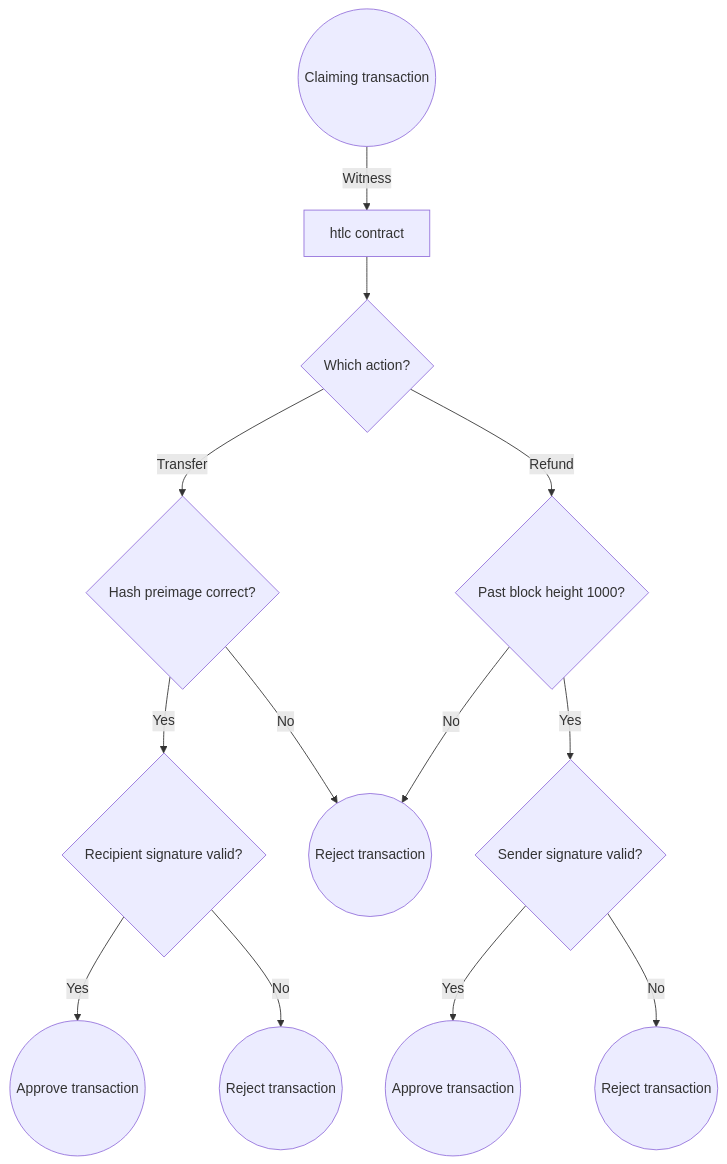
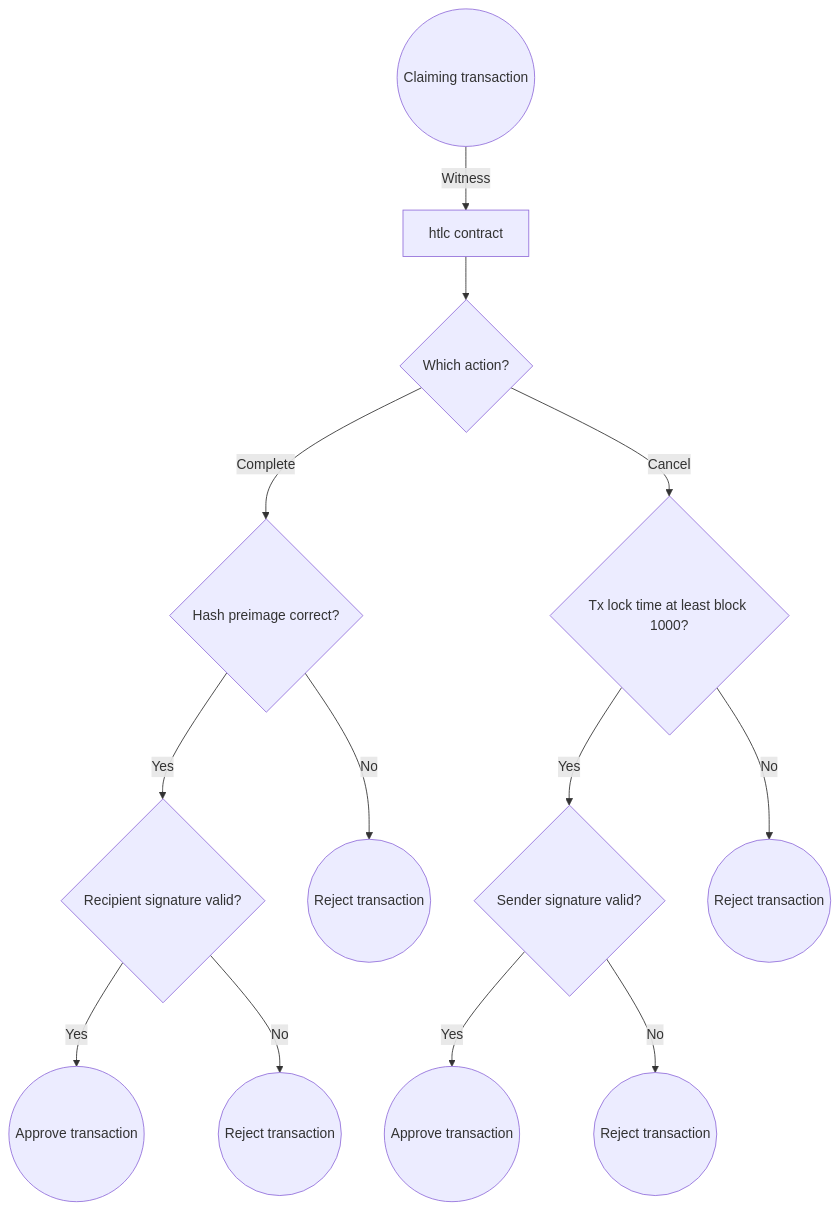
The second of 4 diagrams in docs/documentation/execution-model.md (BlockstreamResearch/simplicity-lang-org), drawn with Mermaid before and after one commit. The commit also changed other lines of this file, not shown here.

````diff
--- a/docs/documentation/execution-model.md
+++ b/docs/documentation/execution-model.md
@@ -236,15 +242,15 @@
     ```mermaid
     flowchart TD
         A((Claiming transaction)) -->|Witness| B[htlc contract]
         B -->Q{Which action?}
-        Q -->|Transfer| C{Hash preimage correct?}
-        Q -->|Refund| D{Past block height 1000?}
+        Q -->|Complete| C{Hash preimage correct?}
+        Q -->|Cancel| D{Tx lock time at least block 1000?}
         C -->|Yes| E{Recipient signature valid?}
         C -->|No| F((Reject transaction))
         D -->|Yes| G{Sender signature valid?}
-        D -->|No| F((Reject transaction))
+        D -->|No| I((Reject transaction))
         E -->|Yes| H((Approve transaction))
         E -->|No| J((Reject transaction))
         G -->|Yes| K((Approve transaction))
         G -->|No| L((Reject transaction))
     ```
````
